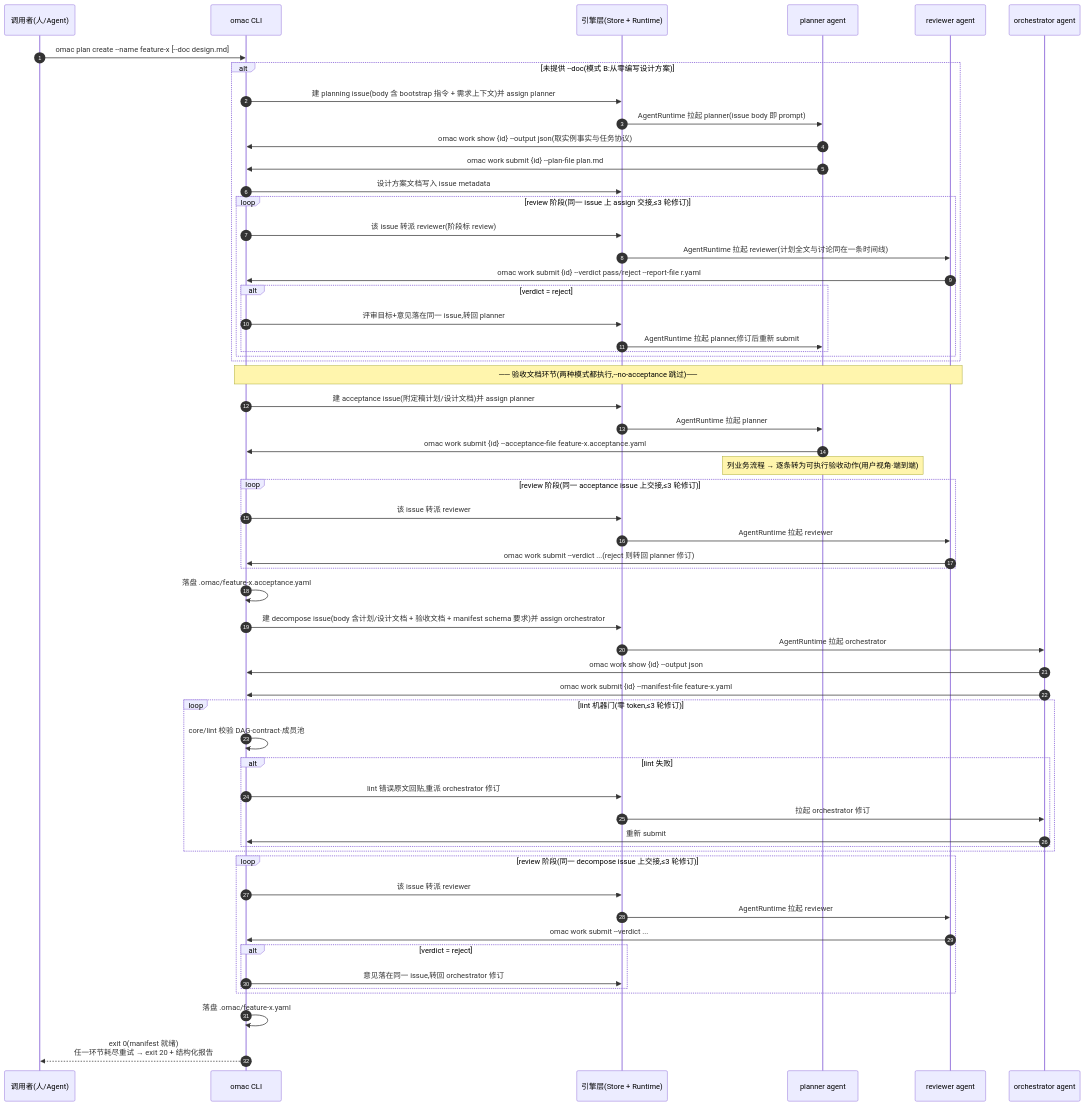
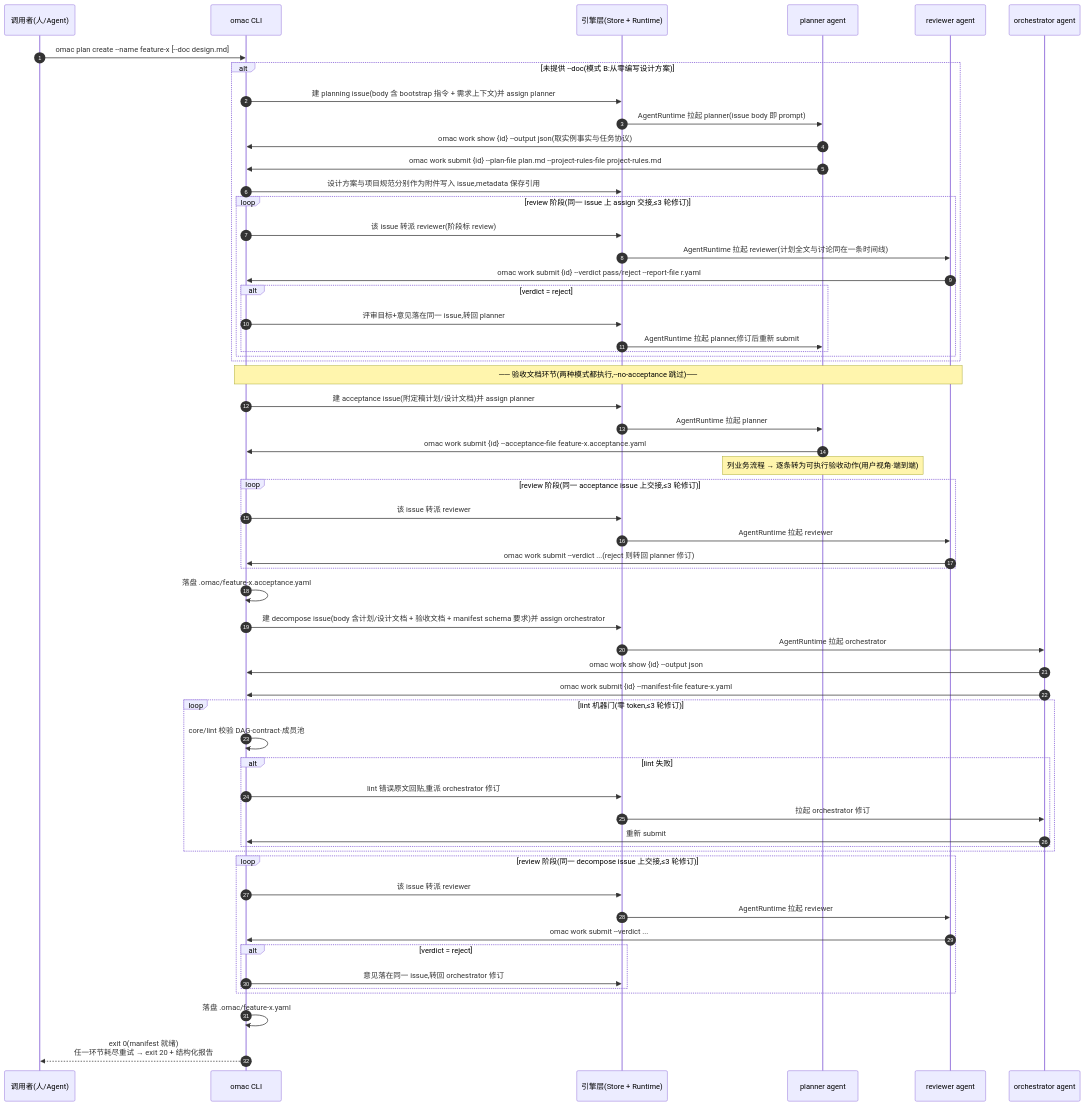
Before and after one commit to xiaohei-info/oh-my-multica: the third of 7 diagrams in docs/zh-CN/omac-cli-design.md, drawn with Mermaid. The commit also changed other lines of this file and 30 other files, not shown here.

Commit message:
add reviewed project rules delivery

````diff
--- a/docs/zh-CN/omac-cli-design.md
+++ b/docs/zh-CN/omac-cli-design.md
@@ -291,67 +291,67 @@
 ```mermaid
 sequenceDiagram
     autonumber
     participant U as 调用者(人/Agent)
     participant C as omac CLI
     participant M as 引擎层(Store + Runtime)
     participant P as planner agent
     participant R as reviewer agent
     participant O as orchestrator agent
 
     U->>C: omac plan create --name feature-x [--doc design.md]
 
     alt 未提供 --doc(模式 B:从零编写设计方案)
         C->>M: 建 planning issue(body 含 bootstrap 指令 + 需求上下文)并 assign planner
         M->>P: AgentRuntime 拉起 planner(issue body 即 prompt)
         P->>C: omac work show {id} --output json(取实例事实与任务协议)
-        P->>C: omac work submit {id} --plan-file plan.md
-        C->>M: 设计方案文档写入 issue metadata
+        P->>C: omac work submit {id} --plan-file plan.md --project-rules-file project-rules.md
+        C->>M: 设计方案与项目规范分别作为附件写入 issue,metadata 保存引用
         loop review 阶段(同一 issue 上 assign 交接,≤3 轮修订)
             C->>M: 该 issue 转派 reviewer(阶段标 review)
             M->>R: AgentRuntime 拉起 reviewer(计划全文与讨论同在一条时间线)
             R->>C: omac work submit {id} --verdict pass/reject --report-file r.yaml
             alt verdict = reject
                 C->>M: 评审目标+意见落在同一 issue,转回 planner
                 M->>P: AgentRuntime 拉起 planner,修订后重新 submit
             end
         end
     end
 
     Note over C,R: ── 验收文档环节(两种模式都执行,--no-acceptance 跳过)──
     C->>M: 建 acceptance issue(附定稿计划/设计文档)并 assign planner
     M->>P: AgentRuntime 拉起 planner
     P->>C: omac work submit {id} --acceptance-file feature-x.acceptance.yaml
     Note over P: 列业务流程 → 逐条转为可执行验收动作(用户视角·端到端)
     loop review 阶段(同一 acceptance issue 上交接,≤3 轮修订)
         C->>M: 该 issue 转派 reviewer
         M->>R: AgentRuntime 拉起 reviewer
         R->>C: omac work submit --verdict ...(reject 则转回 planner 修订)
     end
     C->>C: 落盘 .omac/feature-x.acceptance.yaml
 
     C->>M: 建 decompose issue(body 含计划/设计文档 + 验收文档 + manifest schema 要求)并 assign orchestrator
     M->>O: AgentRuntime 拉起 orchestrator
     O->>C: omac work show {id} --output json
     O->>C: omac work submit {id} --manifest-file feature-x.yaml
 
     loop lint 机器门(零 token,≤3 轮修订)
         C->>C: core/lint 校验 DAG·contract·成员池
         alt lint 失败
             C->>M: lint 错误原文回贴,重派 orchestrator 修订
             M->>O: 拉起 orchestrator 修订
             O->>C: 重新 submit
         end
     end
 
     loop review 阶段(同一 decompose issue 上交接,≤3 轮修订)
         C->>M: 该 issue 转派 reviewer
         M->>R: AgentRuntime 拉起 reviewer
         R->>C: omac work submit --verdict ...
         alt verdict = reject
             C->>M: 意见落在同一 issue,转回 orchestrator 修订
         end
     end
 
     C->>C: 落盘 .omac/feature-x.yaml
     C-->>U: exit 0(manifest 就绪)<br/>任一环节耗尽重试 → exit 20 + 结构化报告
 ```
````
